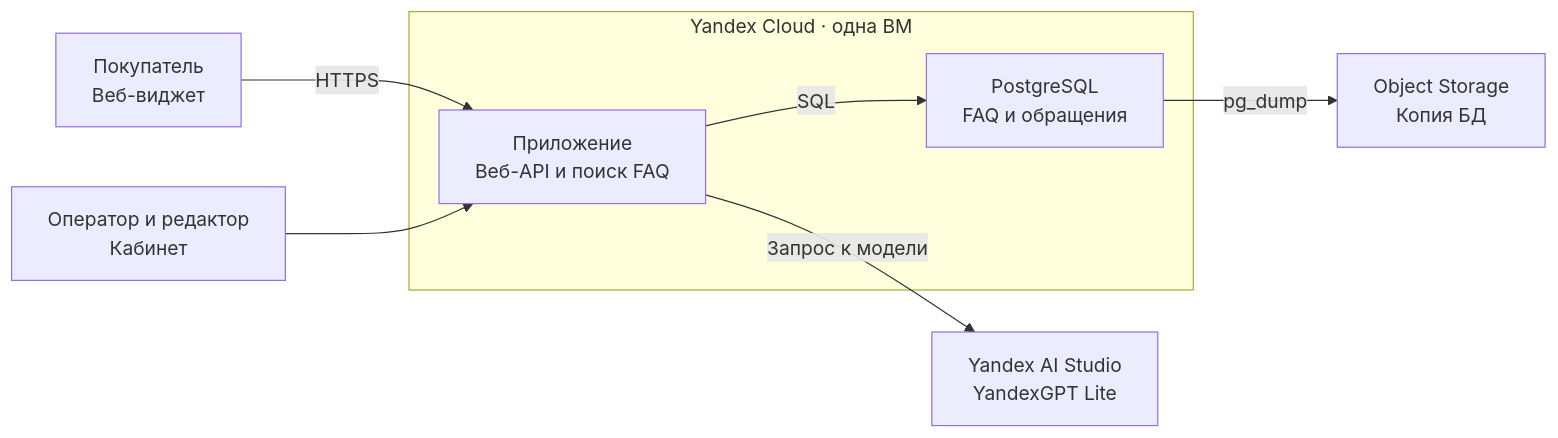
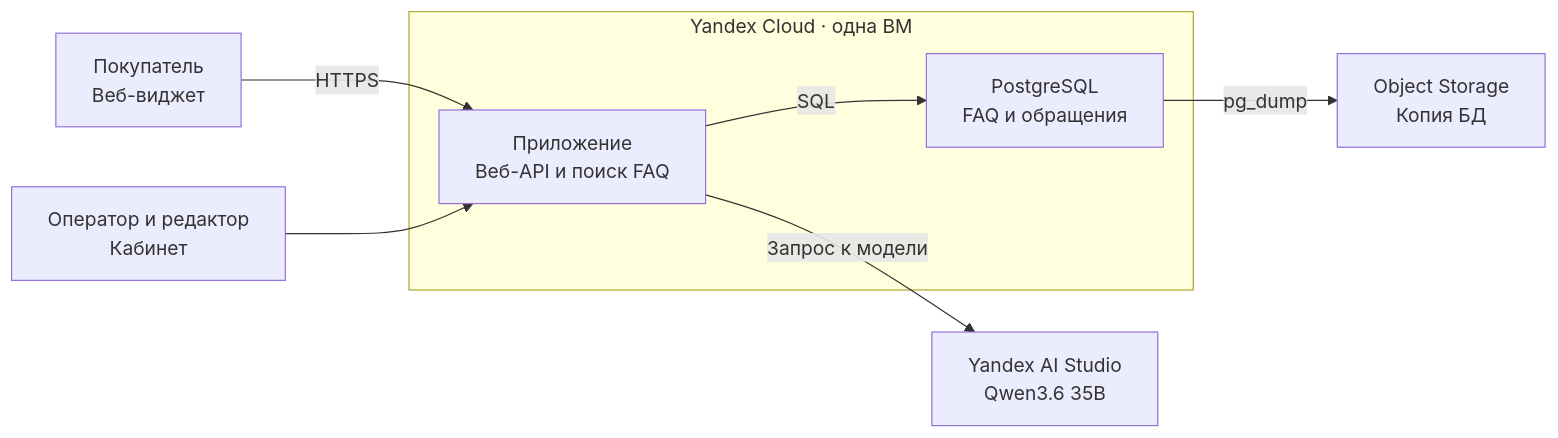
The first of 4 diagrams in lab4/lab4_report.md (Roman-Elchiyan/2026_2027-cloud-platforms-as-the-basis-of-technology-entrepreneurship-u4225-Elchiyan_R_R), drawn with Mermaid before and after one commit. The commit also changed other lines of this file and 5 other files, not shown here.

Commit message:
Clarify FAQ architecture, model selection and data protection costs

````diff
--- a/lab4/lab4_report.md
+++ b/lab4/lab4_report.md
@@ -52,16 +63,16 @@
 ```mermaid
 flowchart LR
     subgraph vm["Yandex Cloud · одна ВМ"]
         app["Приложение<br>Веб-API и поиск FAQ"]
         pg["PostgreSQL<br>FAQ и обращения"]
     end
     user["Покупатель<br>Веб-виджет"]
     ops["Оператор и редактор<br>Кабинет"]
     s3["Object Storage<br>Копия БД"]
-    ai["Yandex AI Studio<br>YandexGPT Lite"]
+    ai["Yandex AI Studio<br>Qwen3.6 35B"]
     user -->|HTTPS| app
     ops --> app
     app -->|SQL| pg
     pg -->|pg_dump| s3
     app -->|Запрос к модели| ai
 ```
````
